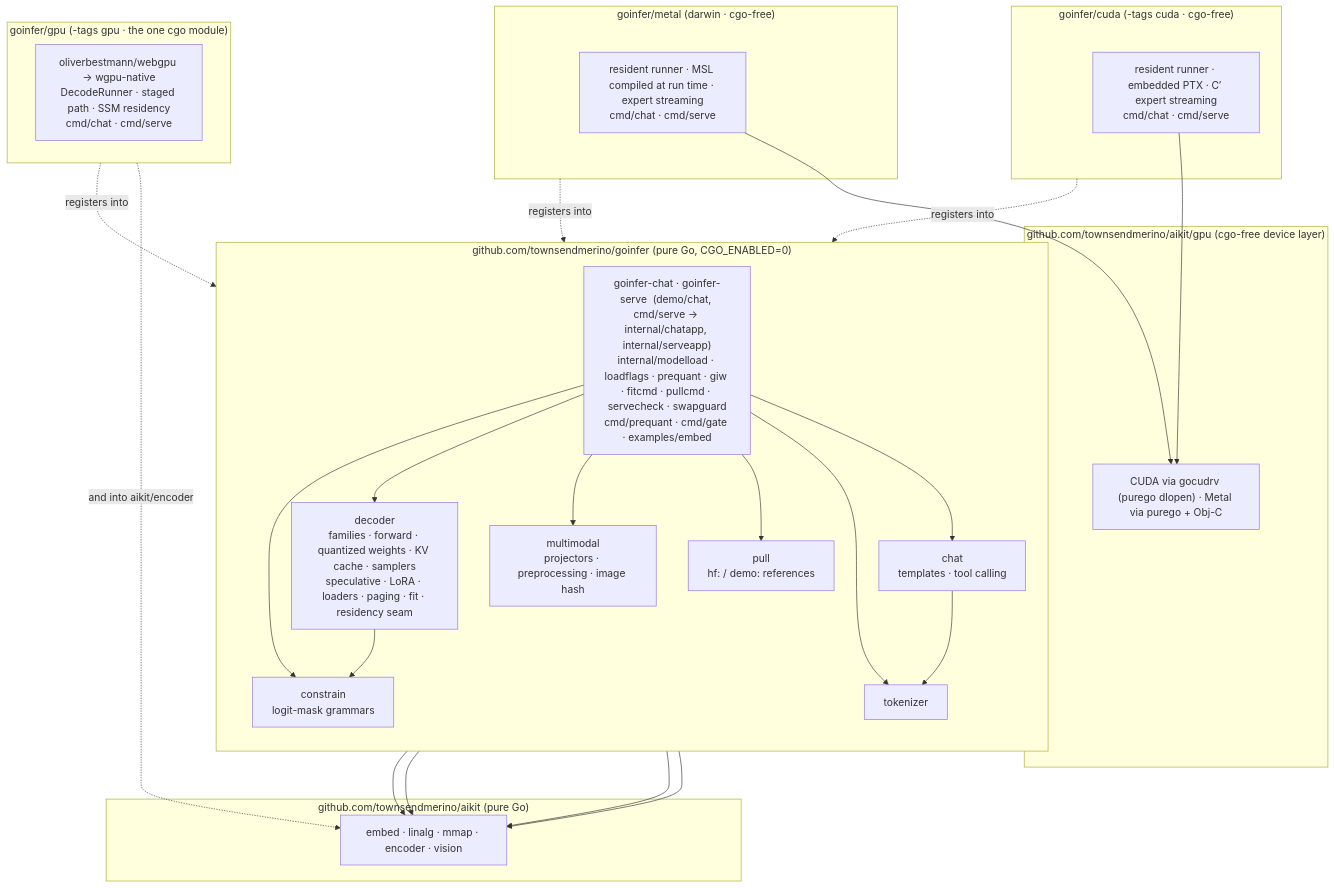
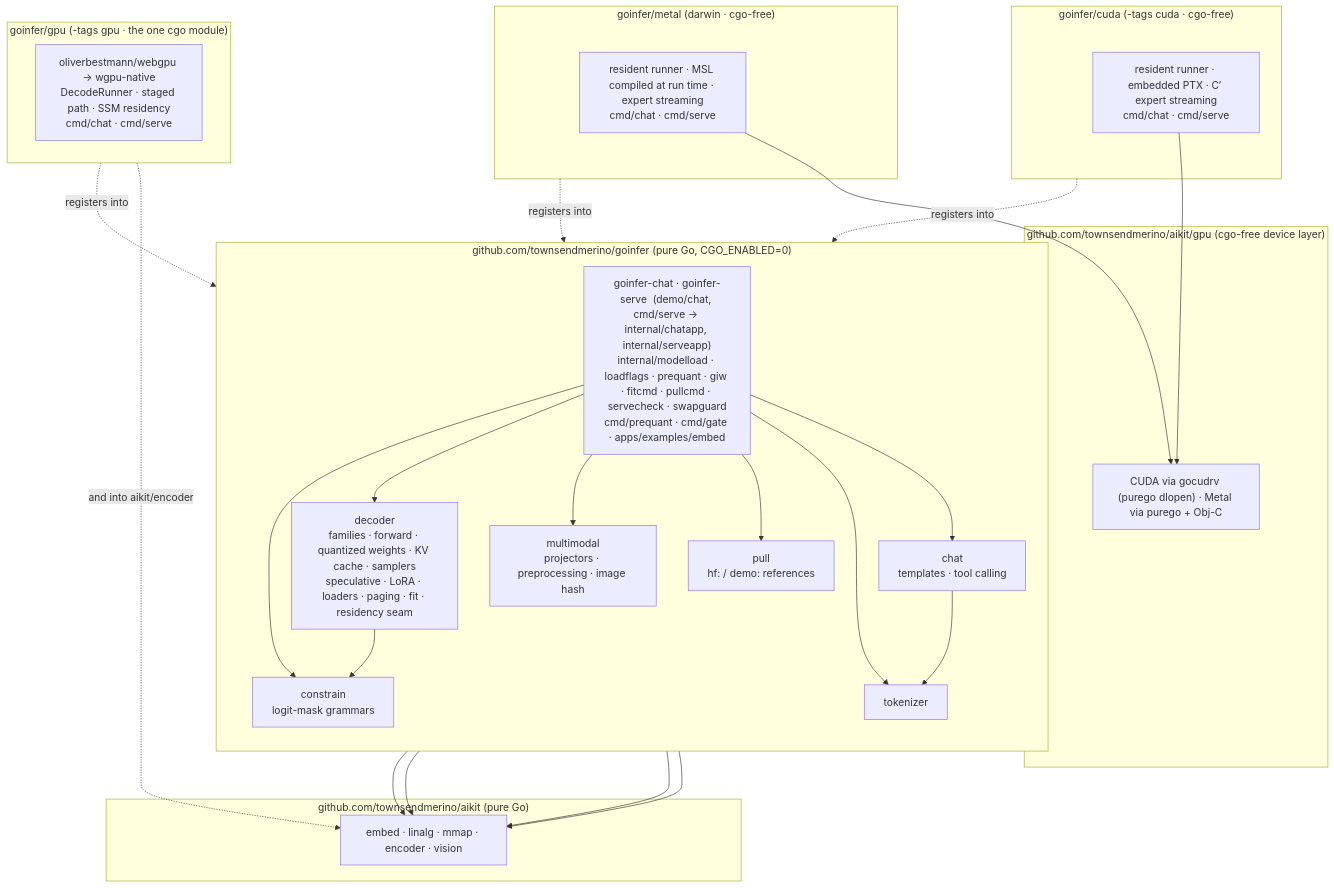
Before and after one commit to townsendmerino/goinfer: the fourth of 4 diagrams in docs/ARCHITECTURE.md, drawn with Mermaid. The commit also changed other lines of this file and 159 other files, not shown here.

First line of the commit message:
Move sdktest, site and examples under apps/ (move-only)

````diff
--- a/docs/ARCHITECTURE.md
+++ b/docs/ARCHITECTURE.md
@@ -921,46 +921,46 @@
 ```mermaid
 flowchart TB
   subgraph ROOT["github.com/townsendmerino/goinfer  (pure Go, CGO_ENABLED=0)"]
     direction TB
-    APPS["goinfer-chat · goinfer-serve  (demo/chat, cmd/serve → internal/chatapp, internal/serveapp)<br/>internal/modelload · loadflags · prequant · giw · fitcmd · pullcmd · servecheck · swapguard<br/>cmd/prequant · cmd/gate · examples/embed"]
+    APPS["goinfer-chat · goinfer-serve  (demo/chat, cmd/serve → internal/chatapp, internal/serveapp)<br/>internal/modelload · loadflags · prequant · giw · fitcmd · pullcmd · servecheck · swapguard<br/>cmd/prequant · cmd/gate · apps/examples/embed"]
     DEC["decoder<br/>families · forward · quantized weights · KV cache · samplers<br/>speculative · LoRA · loaders · paging · fit · residency seam"]
     TKN["tokenizer"]
     CHT["chat<br/>templates · tool calling"]
     CON["constrain<br/>logit-mask grammars"]
     MM["multimodal<br/>projectors · preprocessing · image hash"]
     PULL["pull<br/>hf: / demo: references"]
     APPS --> DEC
     APPS --> CHT
     APPS --> CON
     APPS --> MM
     APPS --> PULL
     APPS --> TKN
     DEC --> CON
     CHT --> TKN
   end
   subgraph AIKIT["github.com/townsendmerino/aikit  (pure Go)"]
     AK["embed · linalg · mmap · encoder · vision"]
   end
   subgraph AIKITGPU["github.com/townsendmerino/aikit/gpu  (cgo-free device layer)"]
     AG["CUDA via gocudrv (purego dlopen) · Metal via purego + Obj-C"]
   end
   subgraph CUDA["goinfer/cuda  (-tags cuda · cgo-free)"]
     CU["resident runner · embedded PTX · C′ expert streaming<br/>cmd/chat · cmd/serve"]
   end
   subgraph METAL["goinfer/metal  (darwin · cgo-free)"]
     MT["resident runner · MSL compiled at run time · expert streaming<br/>cmd/chat · cmd/serve"]
   end
   subgraph GPU["goinfer/gpu  (-tags gpu · the one cgo module)"]
     WG["oliverbestmann/webgpu → wgpu-native<br/>DecodeRunner · staged path · SSM residency<br/>cmd/chat · cmd/serve"]
   end
   DEC --> AK
   TKN --> AK
   MM --> AK
   APPS --> AK
   CU --> AG
   MT --> AG
   CUDA -. "registers into" .-> DEC
   METAL -. "registers into" .-> DEC
   GPU -. "registers into" .-> DEC
   GPU -. "and into aikit/encoder" .-> AK
 ```
````
